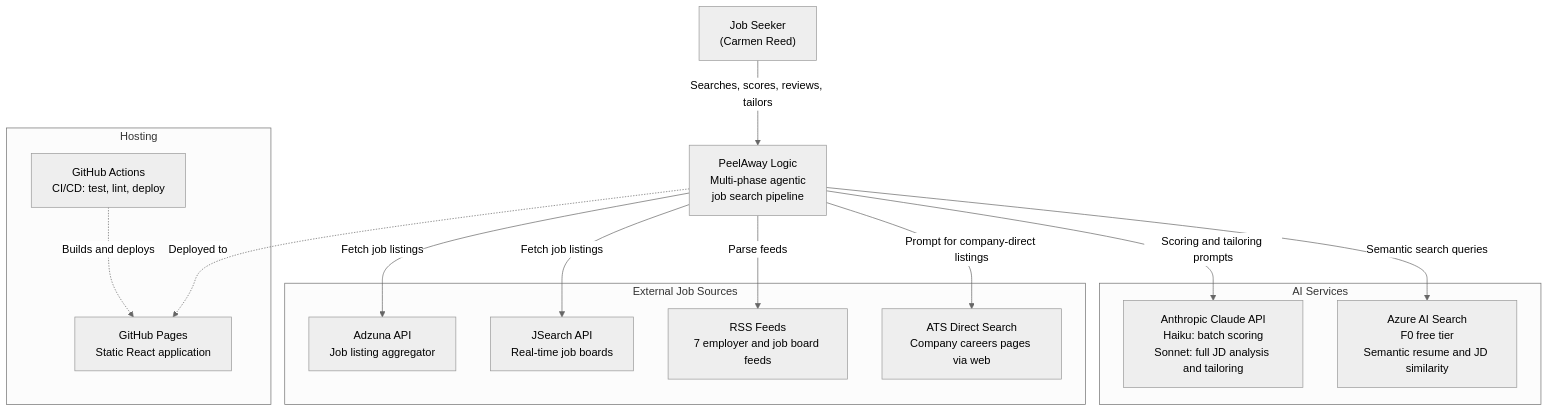
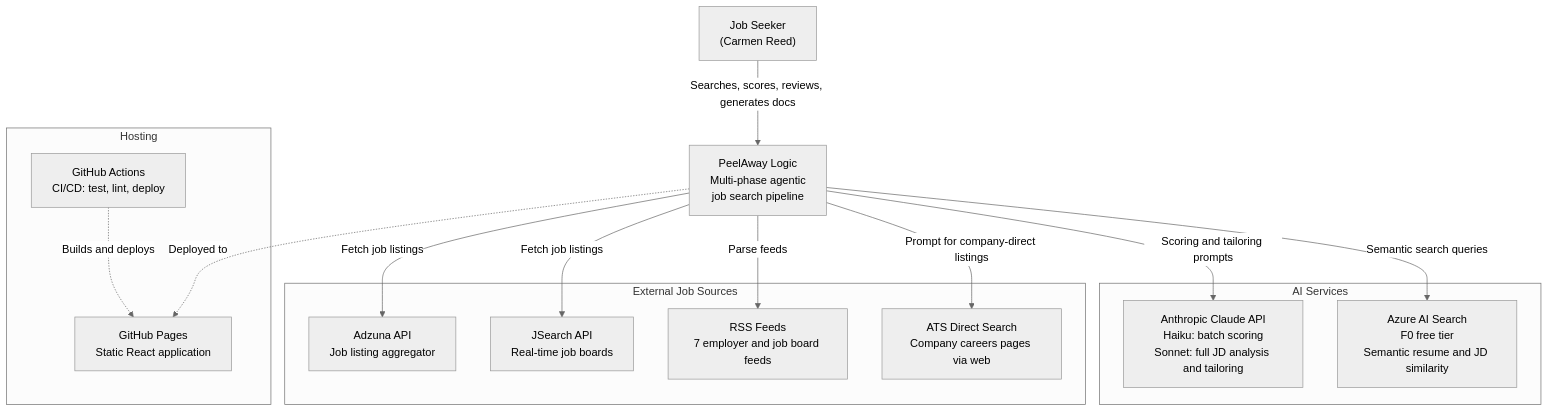
Before and after one commit to CarmenReed/AI-Claude-Code-Ecosystem: the first of 5 diagrams in peelaway-logic/docs/architecture/ARCHITECTURE.md, drawn with Mermaid (neutral theme). The commit also changed other lines of this file and 12 other files, not shown here.

First line of the commit message:
docs: update PeelAway Logic to 4-phase pipeline, add Playwright and Copilot

````diff
--- a/peelaway-logic/docs/architecture/ARCHITECTURE.md
+++ b/peelaway-logic/docs/architecture/ARCHITECTURE.md
@@ -14,33 +14,33 @@
 ```mermaid
 graph TB
     User["Job Seeker\n(Carmen Reed)"]
 
     subgraph External_APIs["External Job Sources"]
         Adzuna["Adzuna API\nJob listing aggregator"]
         JSearch["JSearch API\nReal-time job boards"]
         RSS["RSS Feeds\n7 employer and job board feeds"]
         ATS["ATS Direct Search\nCompany careers pages via web"]
     end
 
     subgraph AI_Services["AI Services"]
         Claude["Anthropic Claude API\nHaiku: batch scoring\nSonnet: full JD analysis and tailoring"]
         AzureSearch["Azure AI Search\nF0 free tier\nSemantic resume and JD similarity"]
     end
 
     subgraph Hosting["Hosting"]
         GHPages["GitHub Pages\nStatic React application"]
         GHActions["GitHub Actions\nCI/CD: test, lint, deploy"]
     end
 
     PeelAway["PeelAway Logic\nMulti-phase agentic\njob search pipeline"]
 
-    User -->|"Searches, scores, reviews, tailors"| PeelAway
+    User -->|"Searches, scores, reviews, generates docs"| PeelAway
     PeelAway -->|"Fetch job listings"| Adzuna
     PeelAway -->|"Fetch job listings"| JSearch
     PeelAway -->|"Parse feeds"| RSS
     PeelAway -->|"Prompt for company-direct listings"| ATS
     PeelAway -->|"Scoring and tailoring prompts"| Claude
     PeelAway -->|"Semantic search queries"| AzureSearch
     PeelAway -.->|"Deployed to"| GHPages
     GHActions -.->|"Builds and deploys"| GHPages
 ```
````
